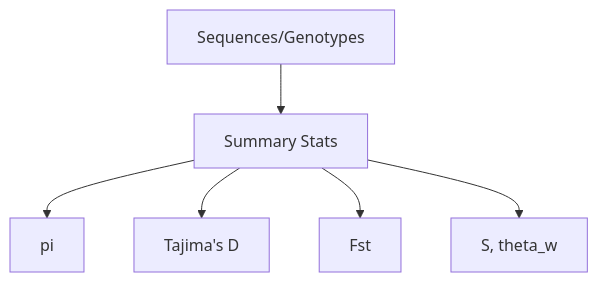
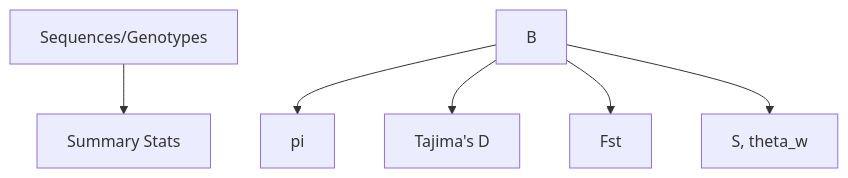
Before and after one commit to docxology/MetaInformAnt: the diagram in docs/dna/population.md, drawn with Mermaid. The commit also changed 611 other files, not shown here.

````diff
--- a/docs/dna/population.md
+++ b/docs/dna/population.md
@@ -7,8 +7,8 @@
 ```mermaid
 graph TD
-  A[Sequences/Genotypes] --> B[Summary Stats]
+  A[Sequences/Genotypes] --> BsummaryStats[Summary Stats]
   B --> C[pi]
-  B --> D[Tajima's D]
+  B --> Dtajima'sD[Tajima's D]
   B --> E[Fst]
-  B --> F[S, theta_w]
+  B --> Fs,ThetaW[S, theta_w]
 ```
````
